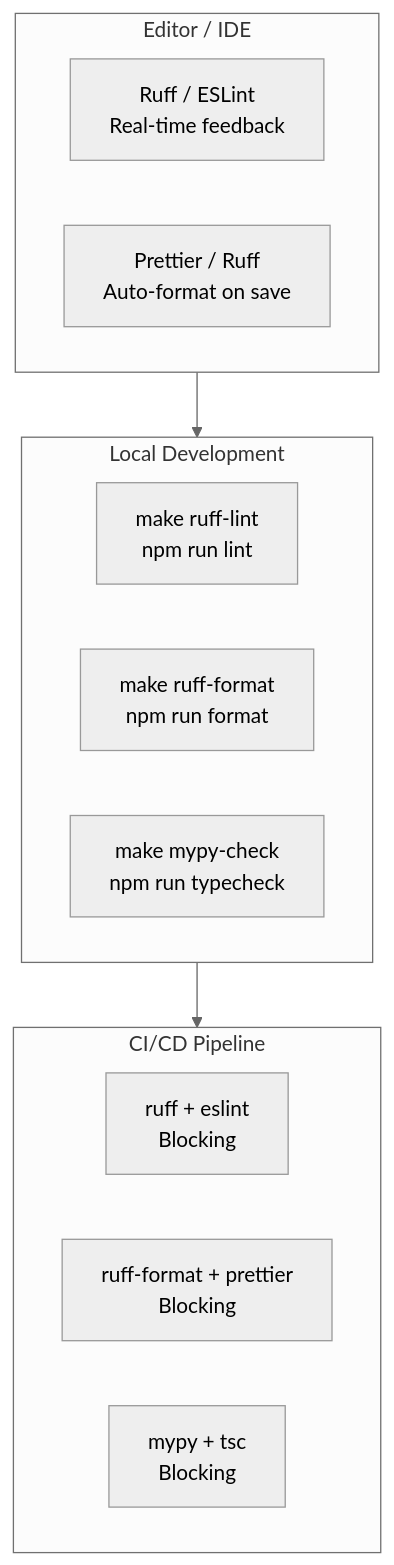
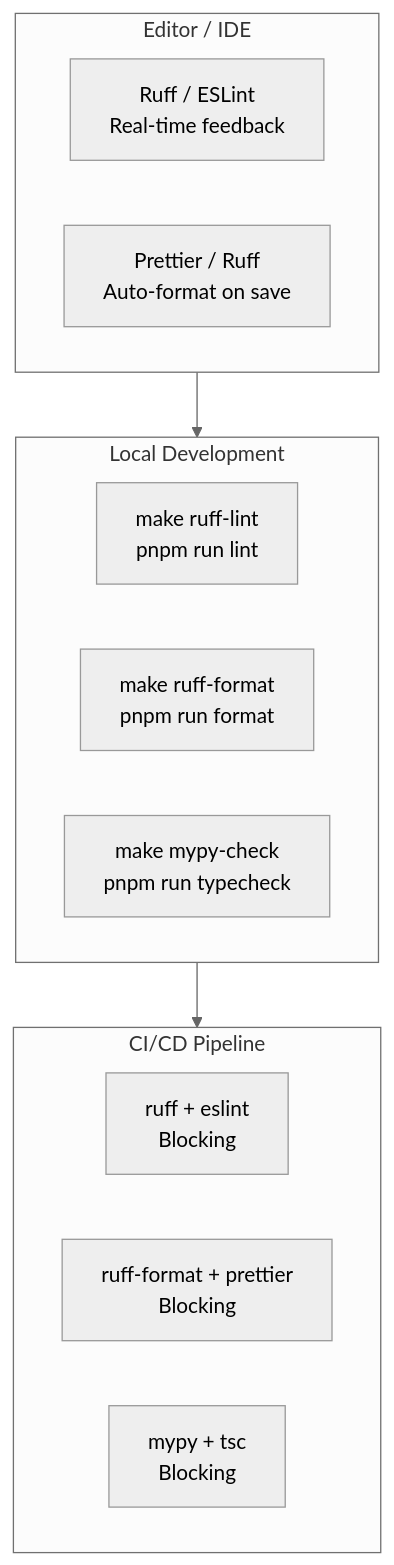
One commit to berserkhmdvhb/fullstack_template changed the diagram in wiki/code-quality.md. Above: the diagram before and after it, drawn with Mermaid (neutral theme). The commit also changed other lines of this file and 24 other files, not shown here.

````diff
--- a/wiki/code-quality.md
+++ b/wiki/code-quality.md
@@ -22,21 +22,21 @@
 ```mermaid
 flowchart TB
     subgraph Editor["Editor / IDE"]
         Lint1["Ruff / ESLint<br/>Real-time feedback"]
         Format1["Prettier / Ruff<br/>Auto-format on save"]
     end
 
     subgraph Local["Local Development"]
-        Lint2["make ruff-lint<br/>npm run lint"]
-        Format2["make ruff-format<br/>npm run format"]
-        TypeCheck["make mypy-check<br/>npm run typecheck"]
+        Lint2["make ruff-lint<br/>pnpm run lint"]
+        Format2["make ruff-format<br/>pnpm run format"]
+        TypeCheck["make mypy-check<br/>pnpm run typecheck"]
     end
 
     subgraph CI["CI/CD Pipeline"]
         Lint3["ruff + eslint<br/>Blocking"]
         Format3["ruff-format + prettier<br/>Blocking"]
         TypeCheck2["mypy + tsc<br/>Blocking"]
     end
 
     Editor --> Local --> CI
 ```
````
